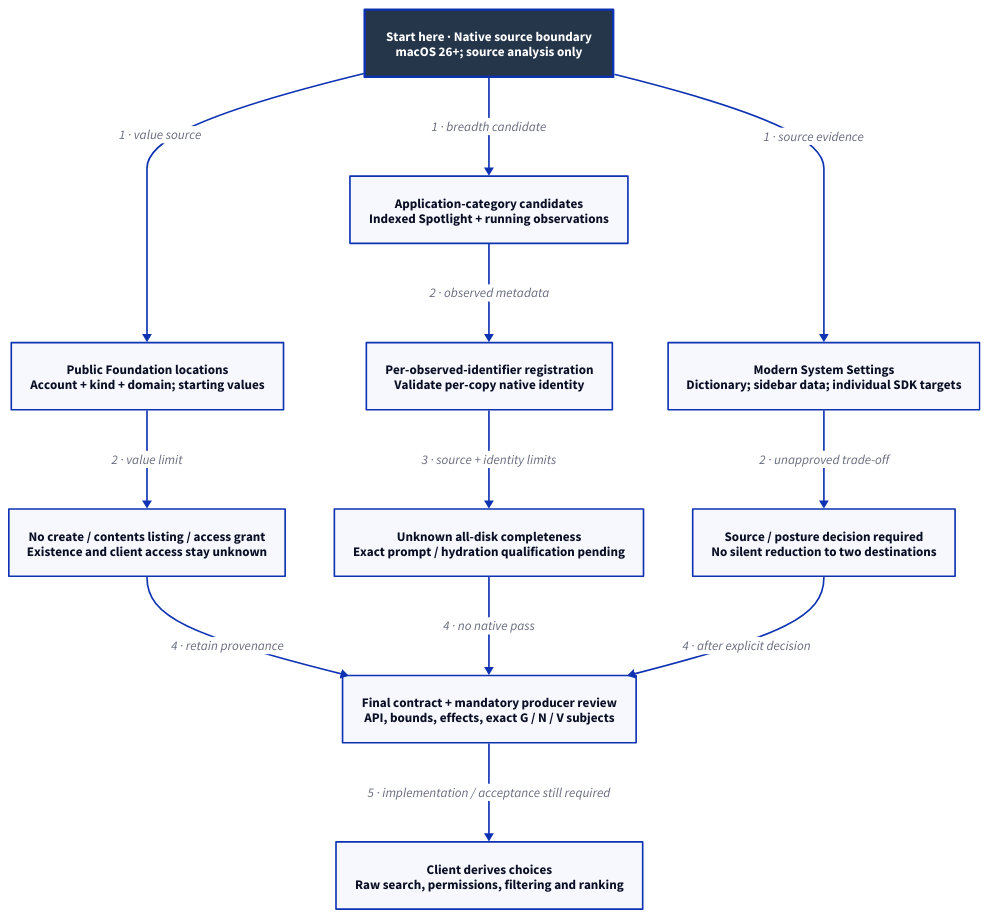
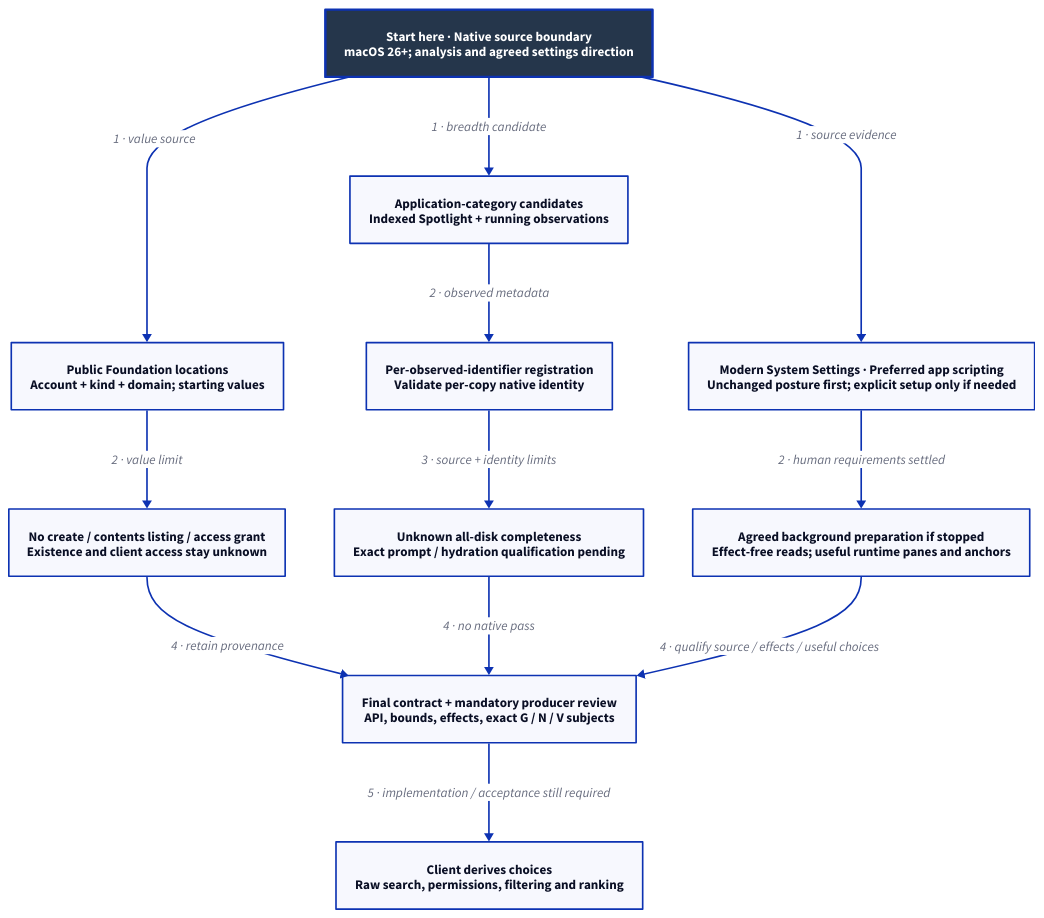
One commit to Linkuistics/Koine changed the diagram in docs/design/architecture/native-discovery-sources.d2. Above: the diagram before and after it, drawn with D2. The commit also changed 12 other files, not shown here.

Commit message:
Agree settings source and background preparation (native-settings-source-k201)

```diff
--- a/docs/design/architecture/native-discovery-sources.d2
+++ b/docs/design/architecture/native-discovery-sources.d2
@@ -1,26 +1,26 @@
-# Bounded source analysis; candidates are not selected/qualified backends.
+# Bounded source analysis and agreed settings route; no qualified runtime backend.
 direction: down
 classes: {
   start: {style: {fill: "#25364B"; font-color: "#FFFFFF"; bold: true; stroke-width: 3}}
 }
-Start: "Start here · Native source boundary\nmacOS 26+; source analysis only" {class: start}
+Start: "Start here · Native source boundary\nmacOS 26+; analysis and agreed settings direction" {class: start}
 Locations: "Public Foundation locations\nAccount + kind + domain; starting values"
 LocationLimit: "No create / contents listing / access grant\nExistence and client access stay unknown"
 Apps: "Application-category candidates\nIndexed Spotlight + running observations"
 Copies: "Per-observed-identifier registration\nValidate per-copy native identity"
 AppLimit: "Unknown all-disk completeness\nExact prompt / hydration qualification pending"
-Settings: "Modern System Settings\nDictionary; sidebar data; individual SDK targets"
-Choice: "Source / posture decision required\nNo silent reduction to two destinations"
+Settings: "Modern System Settings · Preferred app scripting\nUnchanged posture first; explicit setup only if needed"
+Choice: "Agreed background preparation if stopped\nEffect-free reads; useful runtime panes and anchors"
 Contract: "Final contract + mandatory producer review\nAPI, bounds, effects, exact G / N / V subjects"
 Client: "Client derives choices\nRaw search, permissions, filtering and ranking"
 Start -> Locations: "1 · value source"
 Locations -> LocationLimit: "2 · value limit"
 Start -> Apps: "1 · breadth candidate"
 Apps -> Copies: "2 · observed metadata"
 Copies -> AppLimit: "3 · source + identity limits"
 Start -> Settings: "1 · source evidence"
-Settings -> Choice: "2 · unapproved trade-off"
+Settings -> Choice: "2 · human requirements settled"
 LocationLimit -> Contract: "4 · retain provenance"
 AppLimit -> Contract: "4 · no native pass"
-Choice -> Contract: "4 · after explicit decision"
+Choice -> Contract: "4 · qualify source / effects / useful choices"
 Contract -> Client: "5 · implementation / acceptance still required"
```
